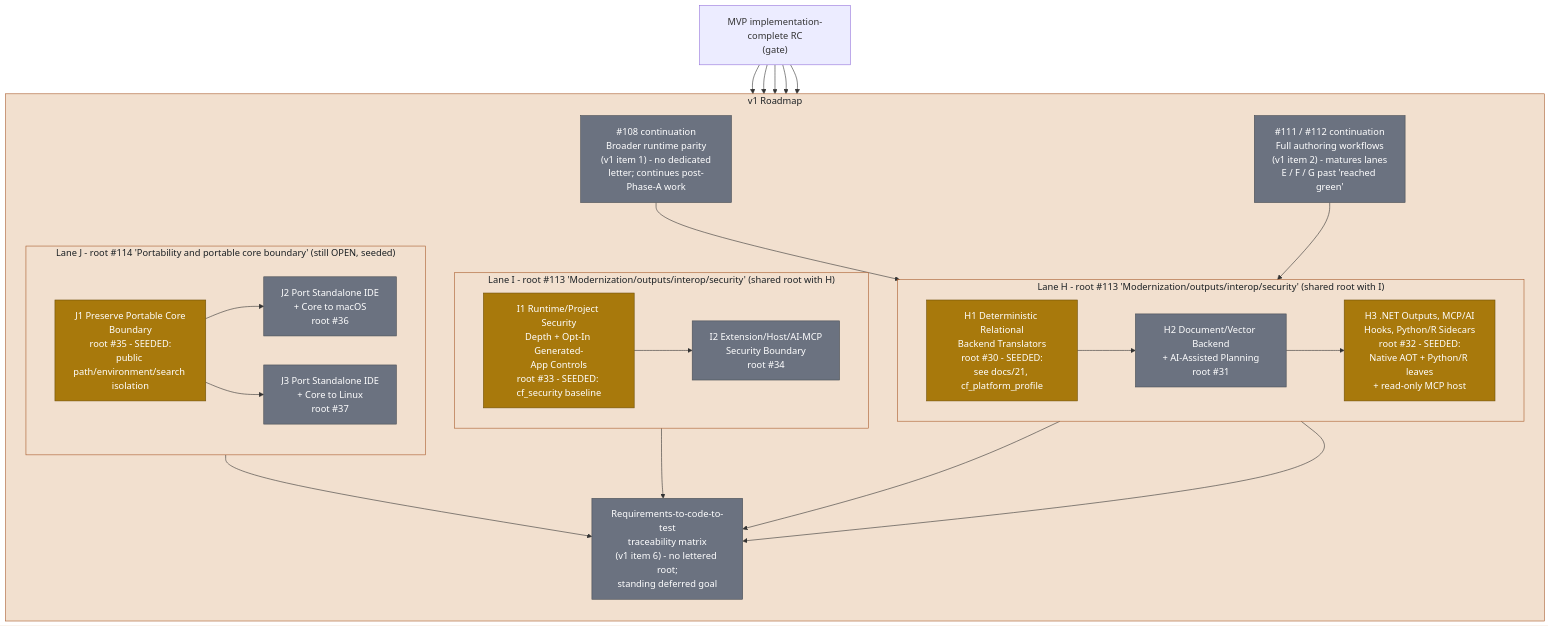
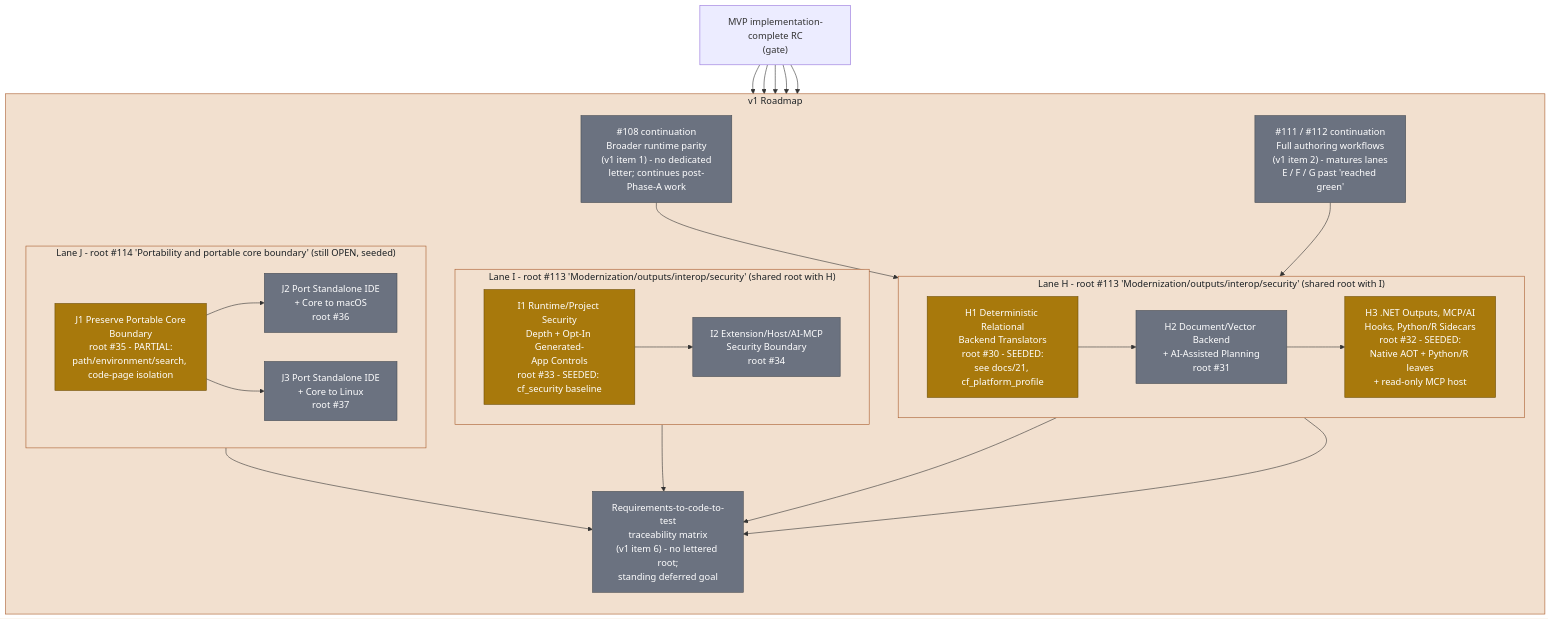
The diagram in docs/diagrams/roadmap-v1-lanes-hij.md (rhamenator/Project-Copperfin), drawn with Mermaid before and after one commit. The commit also changed other lines of this file and 18 other files, not shown here.

Commit message:
Isolate platform code page services

````diff
--- a/docs/diagrams/roadmap-v1-lanes-hij.md
+++ b/docs/diagrams/roadmap-v1-lanes-hij.md
@@ -10,60 +10,60 @@
 ```mermaid
 flowchart TB
     classDef partial fill:#a8790c,stroke:#6e4f07,color:#ffffff,stroke-width:1px;
     classDef planned fill:#6b7280,stroke:#484d54,color:#ffffff,stroke-width:1px;
     classDef lane fill:#f2e0cf,stroke:#a85a2a,color:#1b2024,stroke-width:1px;
 
     MVP["MVP implementation-complete RC<br/>(gate)"]
 
     subgraph V1["v1 Roadmap"]
       direction TB
 
       CONT1["#108 continuation<br/>Broader runtime parity<br/>(v1 item 1) - no dedicated<br/>letter; continues post-Phase-A work"]
       CONT2["#111 / #112 continuation<br/>Full authoring workflows<br/>(v1 item 2) - matures lanes<br/>E / F / G past 'reached green'"]
 
       subgraph LANEH["Lane H - root #113 'Modernization/outputs/interop/security' (shared root with I)"]
         direction LR
         H1["H1 Deterministic Relational<br/>Backend Translators<br/>root #30 - SEEDED:<br/>see docs/21, cf_platform_profile"]
         H2["H2 Document/Vector Backend<br/>+ AI-Assisted Planning<br/>root #31"]
         H3["H3 .NET Outputs, MCP/AI<br/>Hooks, Python/R Sidecars<br/>root #32 - SEEDED:<br/>Native AOT + Python/R leaves<br/>+ read-only MCP host"]
         H1 --> H2 --> H3
       end
 
       subgraph LANEI["Lane I - root #113 'Modernization/outputs/interop/security' (shared root with H)"]
         direction LR
         I1["I1 Runtime/Project Security<br/>Depth + Opt-In Generated-<br/>App Controls<br/>root #33 - SEEDED: cf_security baseline"]
         I2["I2 Extension/Host/AI-MCP<br/>Security Boundary<br/>root #34"]
         I1 --> I2
       end
 
       subgraph LANEJ["Lane J - root #114 'Portability and portable core boundary' (still OPEN, seeded)"]
         direction LR
-        J1["J1 Preserve Portable Core<br/>Boundary<br/>root #35 - SEEDED:<br/>public path/environment/search isolation"]
+        J1["J1 Preserve Portable Core<br/>Boundary<br/>root #35 - PARTIAL:<br/>path/environment/search, code-page isolation"]
         J2["J2 Port Standalone IDE<br/>+ Core to macOS<br/>root #36"]
         J3["J3 Port Standalone IDE<br/>+ Core to Linux<br/>root #37"]
         J1 --> J2
         J1 --> J3
       end
 
       TRACE["Requirements-to-code-to-test<br/>traceability matrix<br/>(v1 item 6) - no lettered root;<br/>standing deferred goal"]
     end
 
     MVP --> CONT1
     MVP --> CONT2
     MVP --> LANEH
     MVP --> LANEI
     MVP --> LANEJ
     CONT1 --> H1
     CONT2 --> H3
     H1 --> TRACE
     H3 --> TRACE
     I2 --> TRACE
     J1 --> TRACE
 
     class CONT1,CONT2 planned;
     class H1,H3,I1,J1 partial;
     class H2,I2 planned;
     class J2,J3 planned;
     class TRACE planned;
     class V1,LANEH,LANEI,LANEJ lane;
 ```
````
